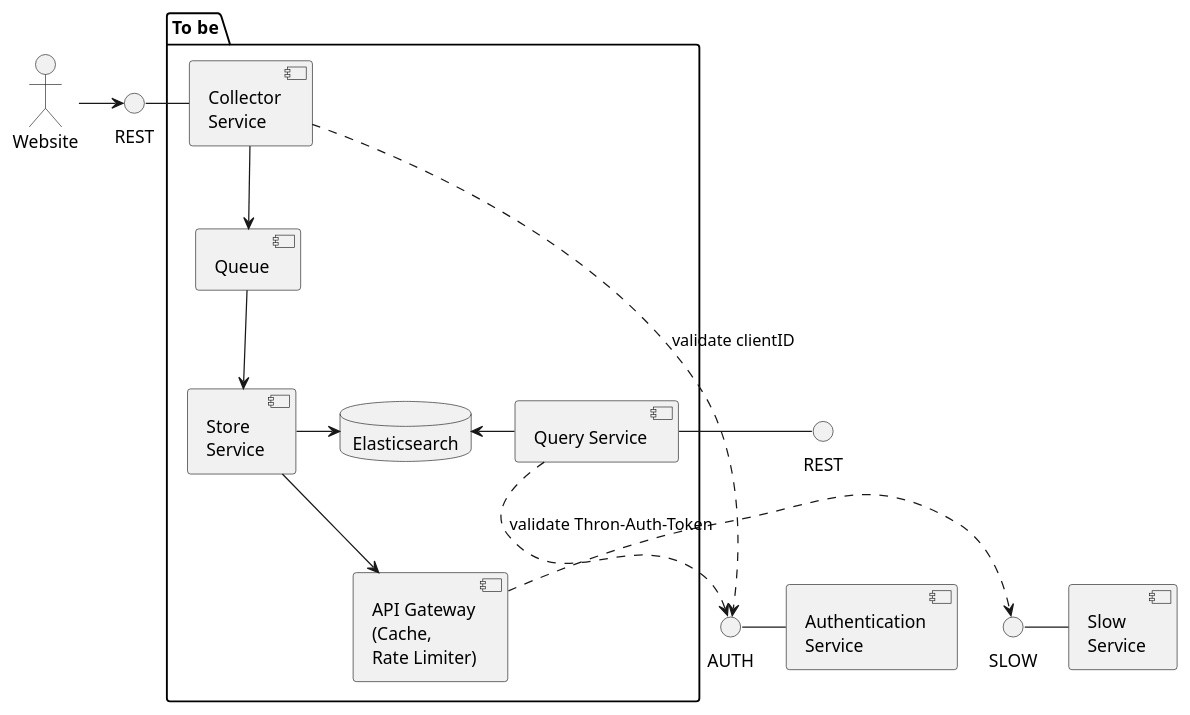
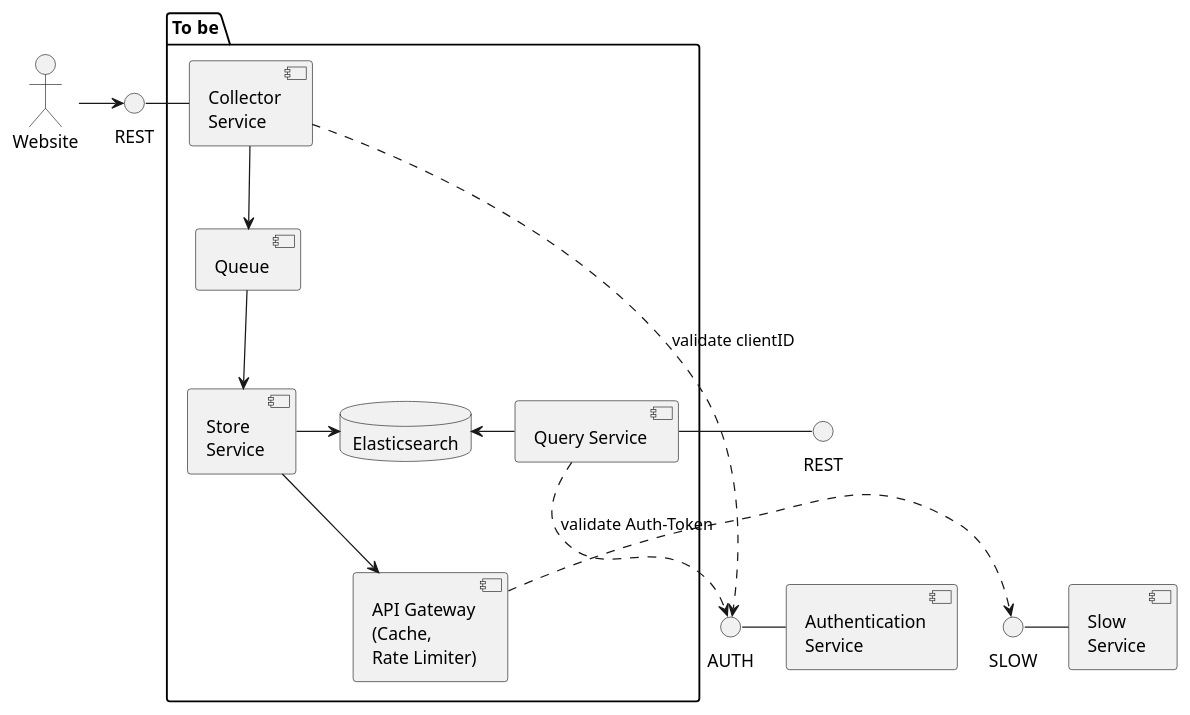
Before and after one commit to civitz/example-assignment: the diagram in exercise1/architecture.puml, drawn with PlantUML. The commit also changed 5 other files, not shown here.

```diff
--- a/exercise1/architecture.puml
+++ b/exercise1/architecture.puml
@@ -1,36 +1,36 @@
 @startuml
 actor Website
 interface SLOW
 component [Slow\nService] as SL
 interface AUTH
 component [Authentication\nService] as AuthS
 
 package "To be" {
 component [Collector\nService] as CS
 component [Queue] as queue
 component [Query Service] as QueryServ
 component [Store\nService] as SS
 component [API Gateway\n(Cache,\nRate Limiter)] as GW
 database Elasticsearch as DB
 }
 interface REST as RestCollector
 interface REST as RestQuery
 
 
 Website -right-> RestCollector
 RestCollector -right- CS
 CS .right.> AUTH : validate clientID
 AUTH - AuthS
 CS -down-> queue
 queue -down-> SS
 SS -down-> GW
 GW .right.> SLOW
 SLOW - SL
 SS -right-> DB
 DB <-right- QueryServ
-QueryServ ..> AUTH : validate Thron-Auth-Token
+QueryServ ..> AUTH : validate Auth-Token
 QueryServ -right- RestQuery
 
 
 
 @enduml
```
